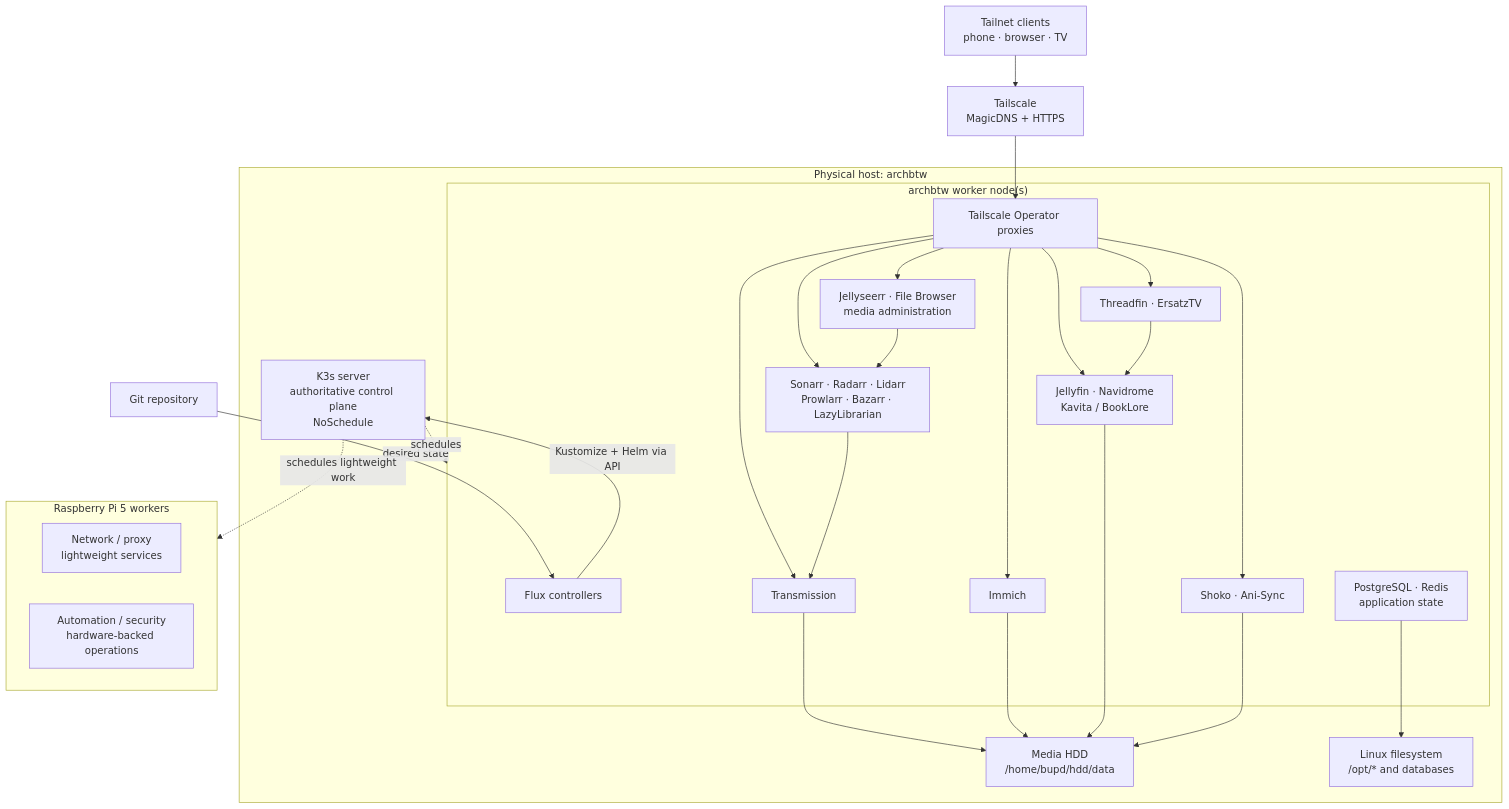
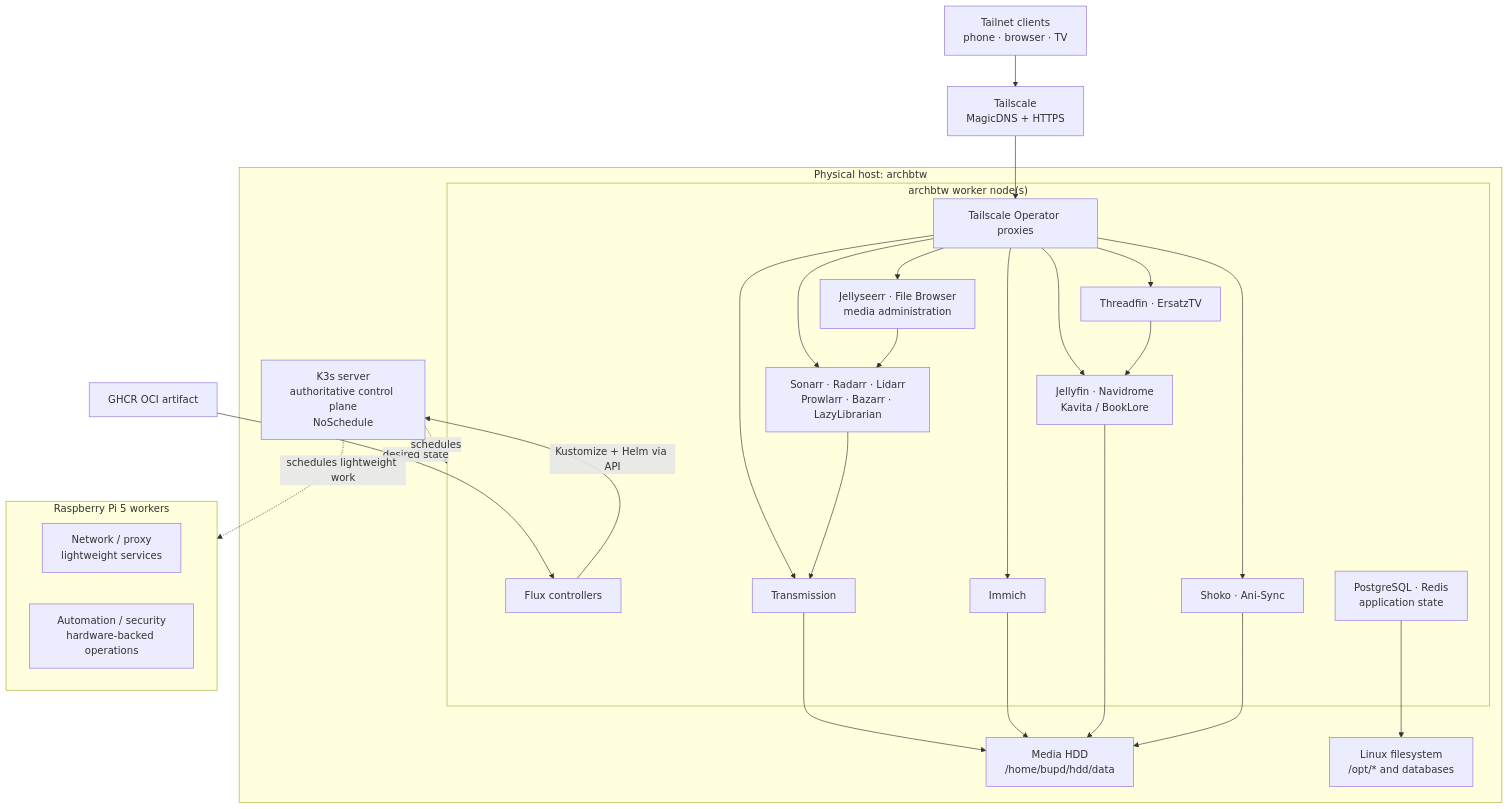
The diagram in docs/architecture-plan.md (bupd/homelab), drawn with Mermaid before and after one commit. The commit also changed other lines of this file and 1 other file, not shown here.

Commit message:
fix(docs): update architecture

````diff
--- a/docs/architecture-plan.md
+++ b/docs/architecture-plan.md
@@ -18,53 +19,53 @@
 ```mermaid
 flowchart TB
     user["Tailnet clients<br/>phone · browser · TV"]
     ts["Tailscale<br/>MagicDNS + HTTPS"]
 
     subgraph physical["Physical host: archbtw"]
         cp["K3s server<br/>authoritative control plane<br/>NoSchedule"]
 
         subgraph workers["archbtw worker node(s)"]
             flux["Flux controllers"]
             ingress["Tailscale Operator proxies"]
             photos["Immich"]
             consume["Jellyfin · Navidrome<br/>Kavita / BookLore"]
             acquire["Sonarr · Radarr · Lidarr<br/>Prowlarr · Bazarr · LazyLibrarian"]
             download["Transmission"]
             manage["Jellyseerr · File Browser<br/>media administration"]
             anime["Shoko · Ani-Sync"]
             livetv["Threadfin · ErsatzTV"]
             data["PostgreSQL · Redis<br/>application state"]
         end
 
         disk["Media HDD<br/>/home/bupd/hdd/data"]
         fast["Linux filesystem<br/>/opt/* and databases"]
     end
 
     subgraph edge["Raspberry Pi 5 workers"]
         pi1["Network / proxy<br/>lightweight services"]
         pi2["Automation / security<br/>hardware-backed operations"]
     end
 
-    git["Git repository"] -->|"desired state"| flux
+    oci["GHCR OCI artifact"] -->|"desired state"| flux
     flux -->|"Kustomize + Helm via API"| cp
     cp -.->|"schedules"| workers
     cp -.->|"schedules lightweight work"| edge
 
     user --> ts --> ingress
     ingress --> photos
     ingress --> consume
     ingress --> acquire
     ingress --> download
     ingress --> manage
     ingress --> anime
     ingress --> livetv
 
     acquire --> download
     manage --> acquire
     download --> disk
     photos --> disk
     consume --> disk
     anime --> disk
     livetv --> consume
     data --> fast
 ```
````
